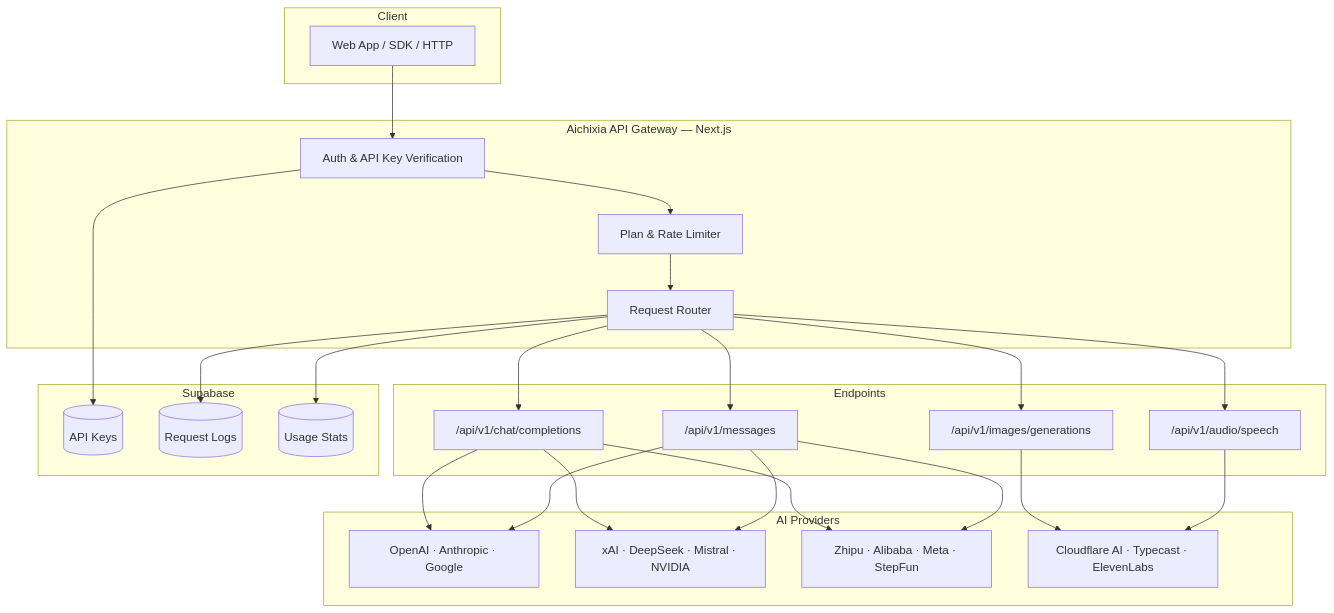
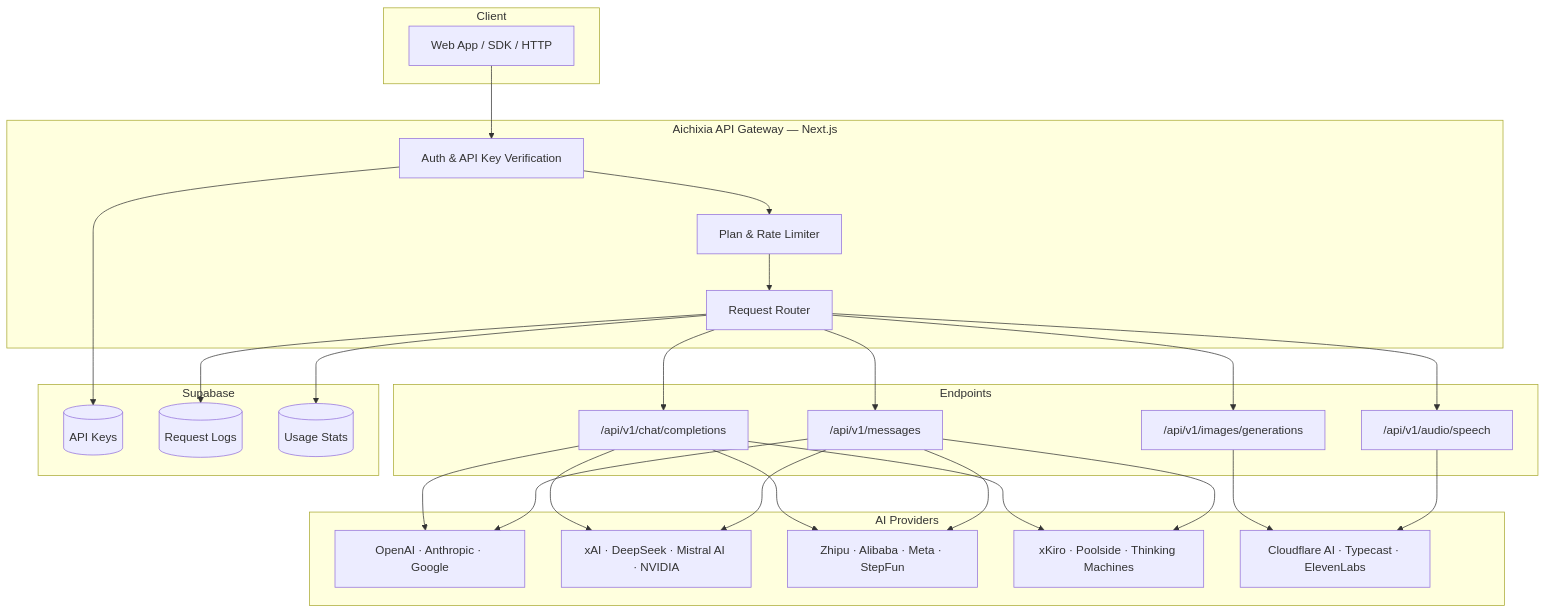
The diagram in README.md (Takawell/Aichixia), drawn with Mermaid before and after one commit. The commit also changed other lines of this file, not shown here.

````diff
--- a/README.md
+++ b/README.md
@@ -259,40 +274,41 @@
 ```mermaid
 graph TB
- subgraph Client["Client"]
- A[Web App / SDK / HTTP]
- end
+  subgraph Client["Client"]
+  A[Web App / SDK / HTTP]
+  end
 
- subgraph Gateway["Aichixia API Gateway — Next.js"]
- B[Auth & API Key Verification]
- C[Plan & Rate Limiter]
- D[Request Router]
- end
+  subgraph Gateway["Aichixia API Gateway — Next.js"]
+  B[Auth & API Key Verification]
+  C[Plan & Rate Limiter]
+  D[Request Router]
+  end
 
- subgraph Endpoints["Endpoints"]
- E["/api/v1/chat/completions"]
- F["/api/v1/messages"]
- G["/api/v1/images/generations"]
- H["/api/v1/audio/speech"]
- end
+  subgraph Endpoints["Endpoints"]
+  E["/api/v1/chat/completions"]
+  F["/api/v1/messages"]
+  G["/api/v1/images/generations"]
+  H["/api/v1/audio/speech"]
+  end
 
- subgraph Providers["AI Providers"]
- I["OpenAI · Anthropic · Google"]
- J["xAI · DeepSeek · Mistral · NVIDIA"]
- K["Zhipu · Alibaba · Meta · StepFun"]
- L["Cloudflare AI · Typecast · ElevenLabs"]
- end
+  subgraph Providers["AI Providers"]
+  I["OpenAI · Anthropic · Google"]
+  J["xAI · DeepSeek · Mistral AI · NVIDIA"]
+  K["Zhipu · Alibaba · Meta · StepFun"]
+  L["xKiro · Poolside · Thinking Machines"]
+  M["Cloudflare AI · Typecast · ElevenLabs"]
+  end
 
- subgraph Storage["Supabase"]
- M[("API Keys")]
- N[("Request Logs")]
- O[("Usage Stats")]
- end
+  subgraph Storage["Supabase"]
+  N[("API Keys")]
+  O[("Request Logs")]
+  P[("Usage Stats")]
+  end
 
- A --> B --> C --> D
- D --> E & F & G & H
- E & F --> I & J & K
- G --> L
- H --> L
- B --> M
- D --> N & O
+  A --> B --> C --> D
+  D --> E & F & G & H
+  E & F --> I & J & K & L
+  G --> M
+  H --> M
+  B --> N
+  D --> O & P
 ```
````
